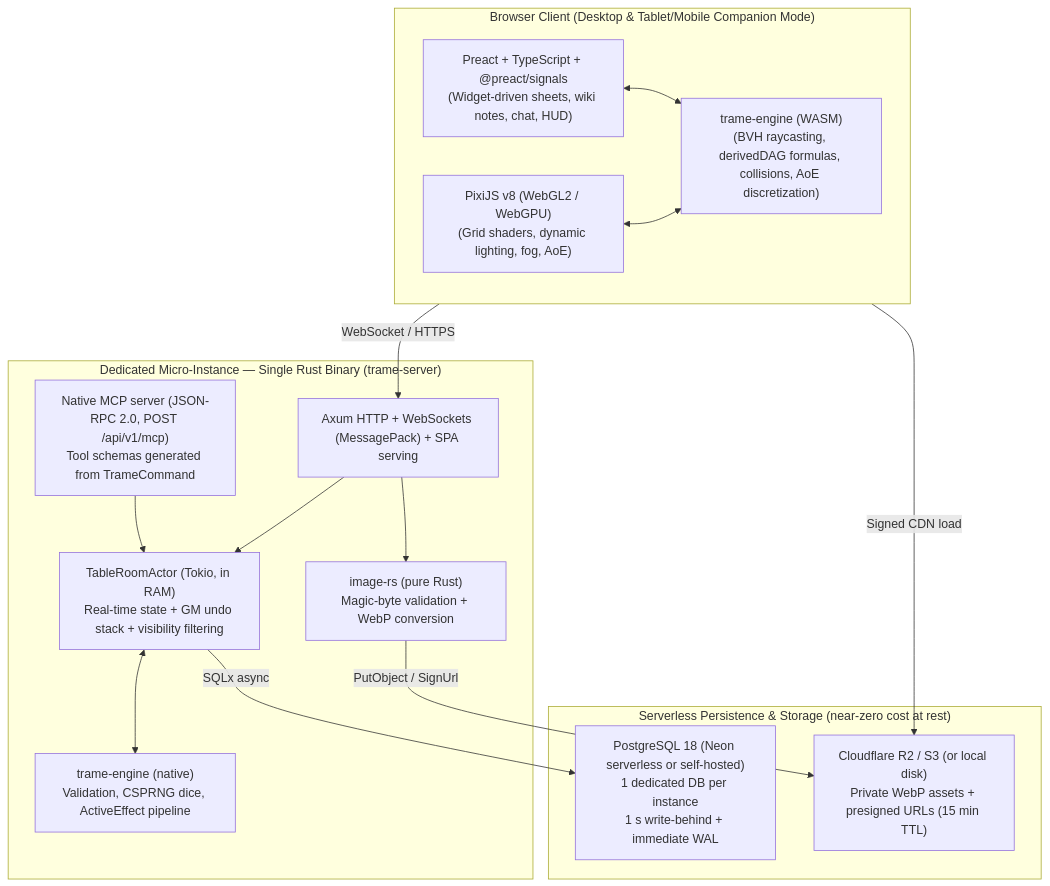
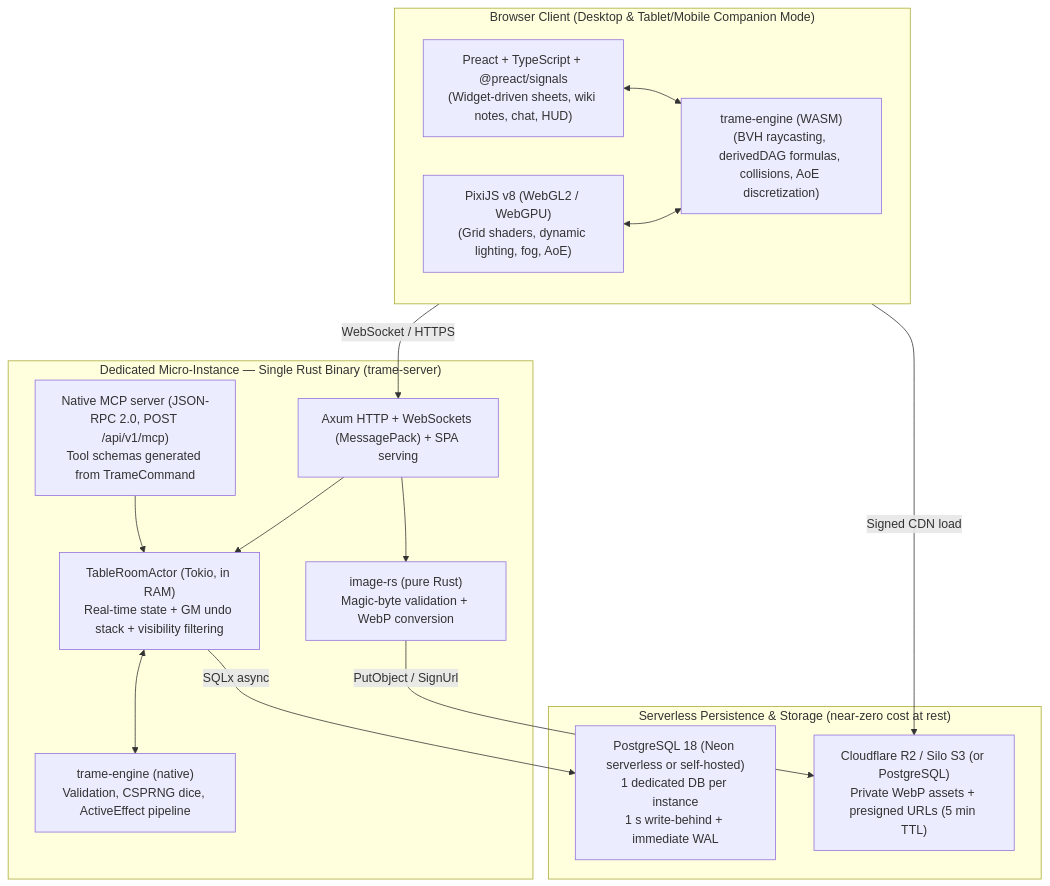
One commit to Hartorn-Inc/trame changed the diagram in ARCHITECTURE.md. Above: the diagram before and after it, drawn with Mermaid. The commit also changed other lines of this file and 6 other files, not shown here.

````diff
--- a/ARCHITECTURE.md
+++ b/ARCHITECTURE.md
@@ -25,33 +35,33 @@
 ```mermaid
 graph TB
     subgraph Client["Browser Client (Desktop & Tablet/Mobile Companion Mode)"]
         UI["Preact + TypeScript + @preact/signals\n(Widget-driven sheets, wiki notes, chat, HUD)"]
         Pixi["PixiJS v8 (WebGL2 / WebGPU)\n(Grid shaders, dynamic lighting, fog, AoE)"]
         Wasm["trame-engine (WASM)\n(BVH raycasting, derivedDAG formulas, collisions, AoE discretization)"]
         UI <--> Wasm
         Pixi <--> Wasm
     end
 
     subgraph Server["Dedicated Micro-Instance — Single Rust Binary (trame-server)"]
         Axum["Axum HTTP + WebSockets (MessagePack) + SPA serving"]
         MCP["Native MCP server (JSON-RPC 2.0, POST /api/v1/mcp)\nTool schemas generated from TrameCommand"]
         Actor["TableRoomActor (Tokio, in RAM)\nReal-time state + GM undo stack + visibility filtering"]
         EngineSrv["trame-engine (native)\nValidation, CSPRNG dice, ActiveEffect pipeline"]
         Img["image-rs (pure Rust)\nMagic-byte validation + WebP conversion"]
 
         Axum --> Actor
         MCP --> Actor
         Actor <--> EngineSrv
         Axum --> Img
     end
 
     subgraph Infra["Serverless Persistence & Storage (near-zero cost at rest)"]
         Neon["PostgreSQL 18 (Neon serverless or self-hosted)\n1 dedicated DB per instance\n1 s write-behind + immediate WAL"]
-        R2["Cloudflare R2 / S3 (or local disk)\nPrivate WebP assets + presigned URLs (15 min TTL)"]
+        R2["Cloudflare R2 / Silo S3 (or PostgreSQL)\nPrivate WebP assets + presigned URLs (5 min TTL)"]
     end
 
     Client -- "WebSocket / HTTPS" --> Axum
     Actor -- "SQLx async" --> Neon
     Img -- "PutObject / SignUrl" --> R2
     Client -- "Signed CDN load" --> R2
 ```
````
